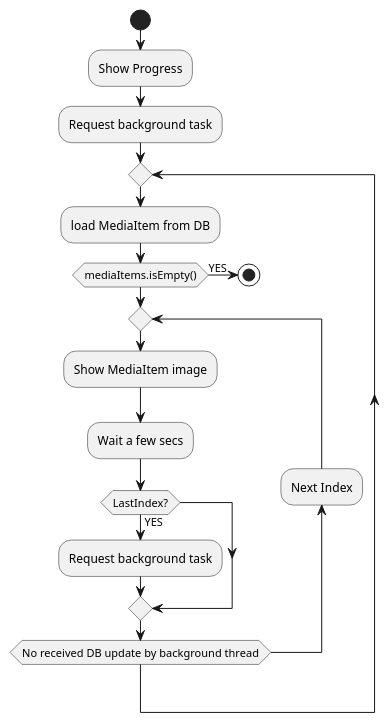
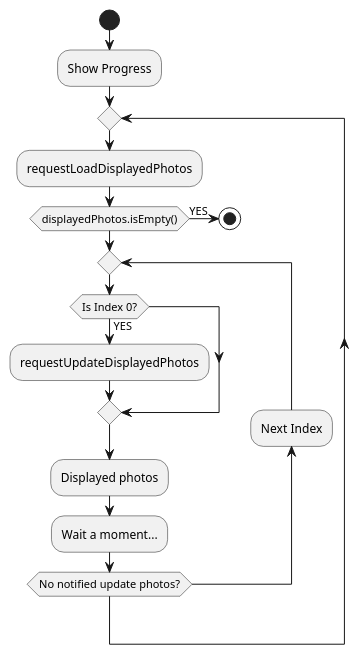
Before and after one commit to sallyluenoa/PhotoSlideShow: the diagram in uml/main/activity_diagram_main_ui.md, drawn with PlantUML. The commit also changed 3 other files, not shown here.

First line of the commit message:
Write UML for design #13

```diff
--- a/uml/main/activity_diagram_main_ui.md
+++ b/uml/main/activity_diagram_main_ui.md
@@ -1,26 +1,25 @@
 @startuml
 start
 
 :Show Progress;
-:Request background task;
 
 repeat
-  :load MediaItem from DB;
-  
-  if (mediaItems.isEmpty()) then (YES)
+  :requestLoadDisplayedPhotos;
+
+  if (displayedPhotos.isEmpty()) then (YES)
     stop
   endif
 
   repeat
-    :Show MediaItem image;
-    :Wait a few secs;
-
-    if (LastIndex?) then (YES)
-      :Request background task;
+    if (Is Index 0?) then (YES)
+      :requestUpdateDisplayedPhotos;
     endif
 
+    :Displayed photos;
+    :Wait a moment...;
+
     backward:Next Index;
-  repeat while (No received DB update by background thread)
+  repeat while (No notified update photos?)
 
 repeat while
 @enduml
```
